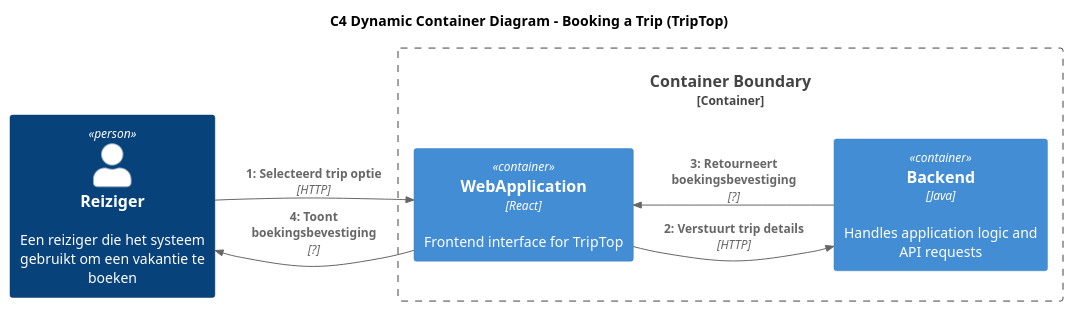
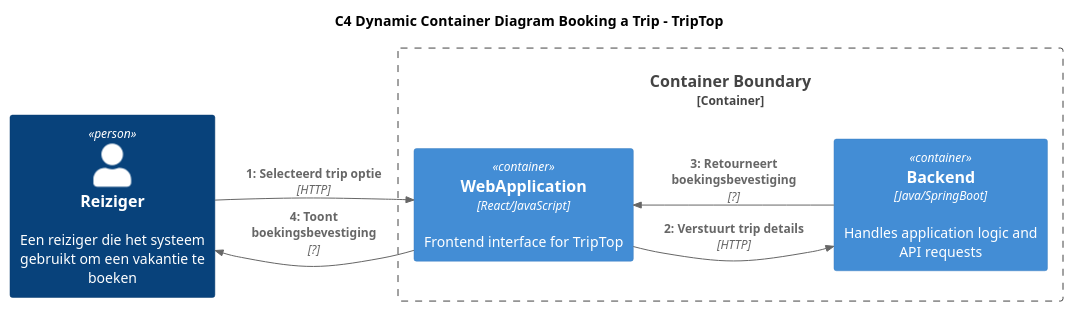
Before and after one commit to AIM-ENE-feb25/triptop-groep-b4: the diagram in C4_diagrammen/DynamicContainerDiagramBooking.puml, drawn with PlantUML. The commit also changed 5 other files, not shown here.

Commit message:
Context Diagram & uitleg in SGB

```diff
--- a/C4_diagrammen/DynamicContainerDiagramBooking.puml
+++ b/C4_diagrammen/DynamicContainerDiagramBooking.puml
@@ -1,18 +1,18 @@
 @startuml
 !include https://raw.githubusercontent.com/plantuml-stdlib/C4-PlantUML/master/C4_Container.puml
 
-title C4 Dynamic Container Diagram - Booking a Trip (TripTop)
+title C4 Dynamic Container Diagram Booking a Trip - TripTop
 left to right direction
 
 Person(Reiziger, "Reiziger", "Een reiziger die het systeem gebruikt om een vakantie te boeken")
 
 Container_Boundary(ContainerBoundary, "Container Boundary") {
-    Container(WebApp, "WebApplication", "React", "Frontend interface for TripTop")
-    Container(Backend, "Backend", "Java", "Handles application logic and API requests")
+    Container(WebApp, "WebApplication", "React/JavaScript", "Frontend interface for TripTop")
+    Container(Backend, "Backend", "Java/SpringBoot", "Handles application logic and API requests")
 }
 
 Rel(Reiziger, WebApp, "1: Selecteerd trip optie", $techn="HTTP", $tags="", $link="")
 Rel(WebApp, Backend, "2: Verstuurt trip details", $techn="HTTP", $tags="", $link="")
 Rel(Backend, WebApp, "3: Retourneert boekingsbevestiging", $techn="?", $tags="", $link="")
 Rel(WebApp, Reiziger, "4: Toont boekingsbevestiging", $techn="?", $tags="", $link="")
 @enduml
```
